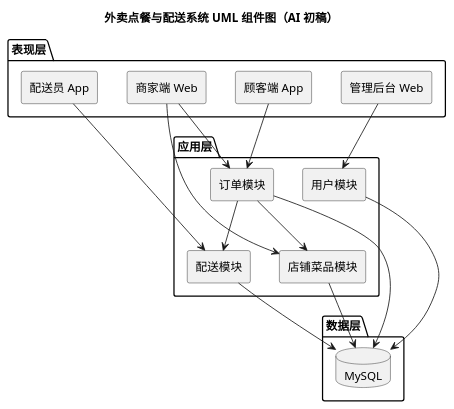
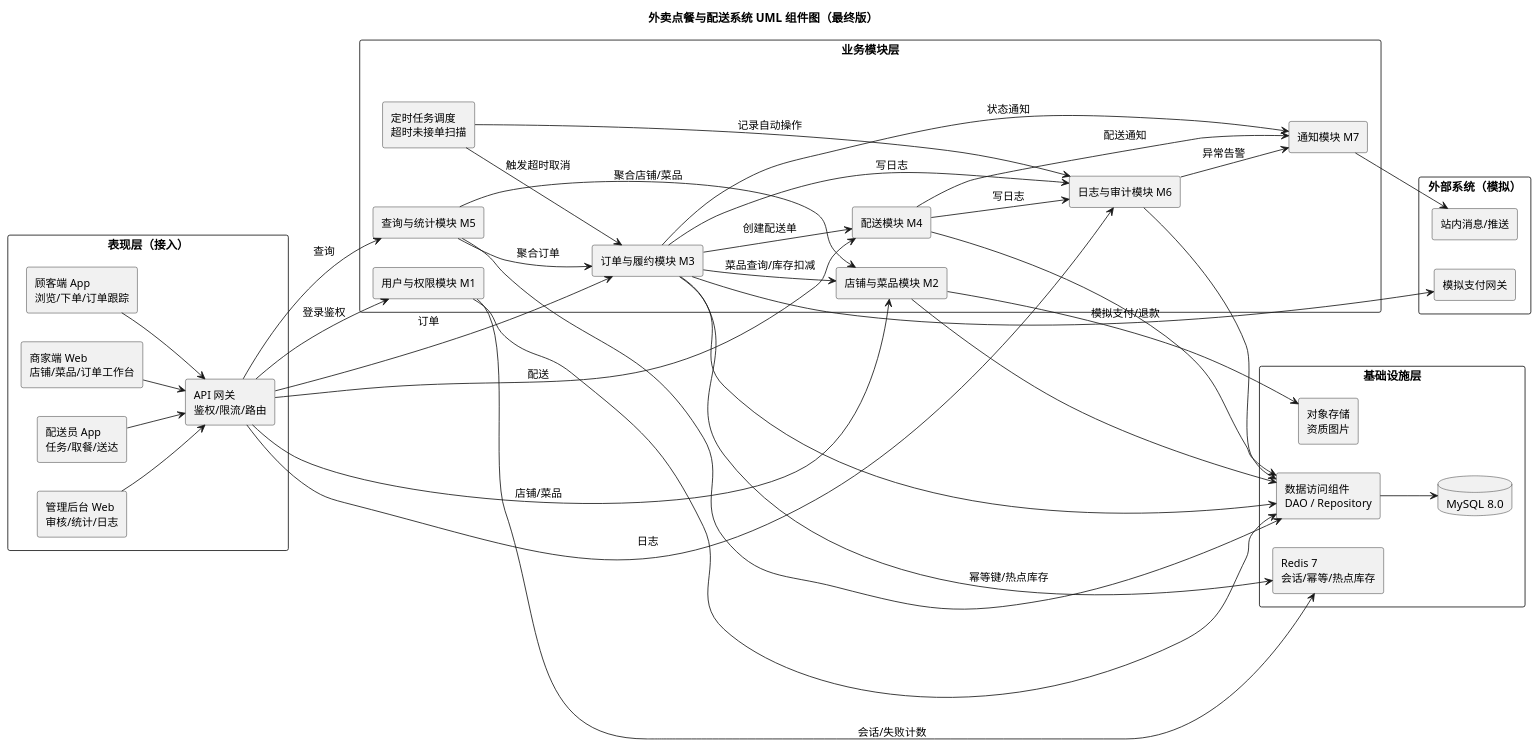
Before and after one commit to JZCTX/SEpa2026: the diagram in 实验2/UML/UML组件图.puml, drawn with PlantUML. The commit also changed 26 other files, not shown here.

Commit message:
lab2: 人工审查与修改（补全类图/状态机/异常时序，完成 8 个 UI 与 AI 使用记录）

```diff
--- a/实验2/UML/UML组件图.puml
+++ b/实验2/UML/UML组件图.puml
@@ -1,39 +1,82 @@
 @startuml
 skinparam defaultFontName "Microsoft YaHei"
 skinparam backgroundColor #FFFFFF
 skinparam shadowing false
 skinparam componentStyle rectangle
+skinparam componentFontSize 13
+skinparam packageStyle rectangle
+skinparam nodesep 35
+skinparam ranksep 50
+left to right direction
 
-title 外卖点餐与配送系统 UML 组件图（AI 初稿）
+title 外卖点餐与配送系统 UML 组件图（最终版）
 
-package "表现层" {
-  [顾客端 App]
-  [商家端 Web]
-  [配送员 App]
-  [管理后台 Web]
+package "表现层（接入）" {
+  [顾客端 App\n浏览/下单/订单跟踪] as CApp
+  [商家端 Web\n店铺/菜品/订单工作台] as MWeb
+  [配送员 App\n任务/取餐/送达] as DApp
+  [管理后台 Web\n审核/统计/日志] as AWeb
+  [API 网关\n鉴权/限流/路由] as GW
 }
 
-package "应用层" {
-  [用户模块]
-  [店铺菜品模块]
-  [订单模块]
-  [配送模块]
+package "业务模块层" {
+  [用户与权限模块 M1] as M1
+  [店铺与菜品模块 M2] as M2
+  [订单与履约模块 M3] as M3
+  [配送模块 M4] as M4
+  [查询与统计模块 M5] as M5
+  [日志与审计模块 M6] as M6
+  [通知模块 M7] as M7
+  [定时任务调度\n超时未接单扫描] as SCH
 }
 
-package "数据层" {
-  database "MySQL" as DB
+package "基础设施层" {
+  [数据访问组件\nDAO / Repository] as DAO
+  database "MySQL 8.0" as DB
+  [Redis 7\n会话/幂等/热点库存] as RDS
+  [对象存储\n资质图片] as OSS
 }
 
-[顾客端 App] --> [订单模块]
-[商家端 Web] --> [店铺菜品模块]
-[商家端 Web] --> [订单模块]
-[配送员 App] --> [配送模块]
-[管理后台 Web] --> [用户模块]
-[订单模块] --> [店铺菜品模块]
-[订单模块] --> [配送模块]
-[用户模块] --> DB
-[店铺菜品模块] --> DB
-[订单模块] --> DB
-[配送模块] --> DB
+package "外部系统（模拟）" {
+  [模拟支付网关] as PAY
+  [站内消息/推送] as PUSH
+}
+
+CApp --> GW
+MWeb --> GW
+DApp --> GW
+AWeb --> GW
+
+GW --> M1 : 登录鉴权
+GW --> M2 : 店铺/菜品
+GW --> M3 : 订单
+GW --> M4 : 配送
+GW --> M5 : 查询
+GW --> M6 : 日志
+
+M3 --> M2 : 菜品查询/库存扣减
+M3 --> M4 : 创建配送单
+M3 --> M6 : 写日志
+M3 --> M7 : 状态通知
+M3 --> PAY : 模拟支付/退款
+M4 --> M6 : 写日志
+M4 --> M7 : 配送通知
+M5 --> M2 : 聚合店铺/菜品
+M5 --> M3 : 聚合订单
+SCH --> M3 : 触发超时取消
+SCH --> M6 : 记录自动操作
+M6 --> M7 : 异常告警
+M7 --> PUSH
+
+M1 --> DAO
+M2 --> DAO
+M3 --> DAO
+M4 --> DAO
+M5 --> DAO
+M6 --> DAO
+DAO --> DB
+M1 --> RDS : 会话/失败计数
+M3 --> RDS : 幂等键/热点库存
+M2 --> OSS
 
 @enduml
```
